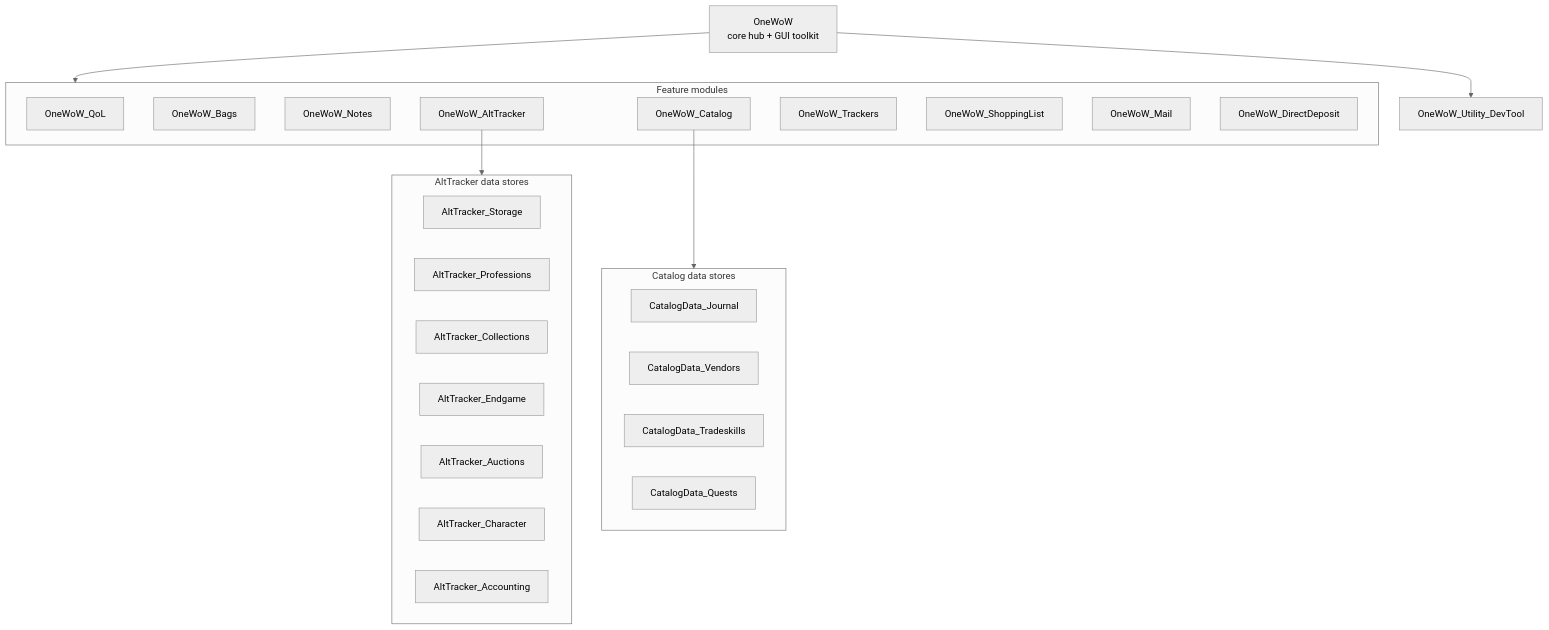
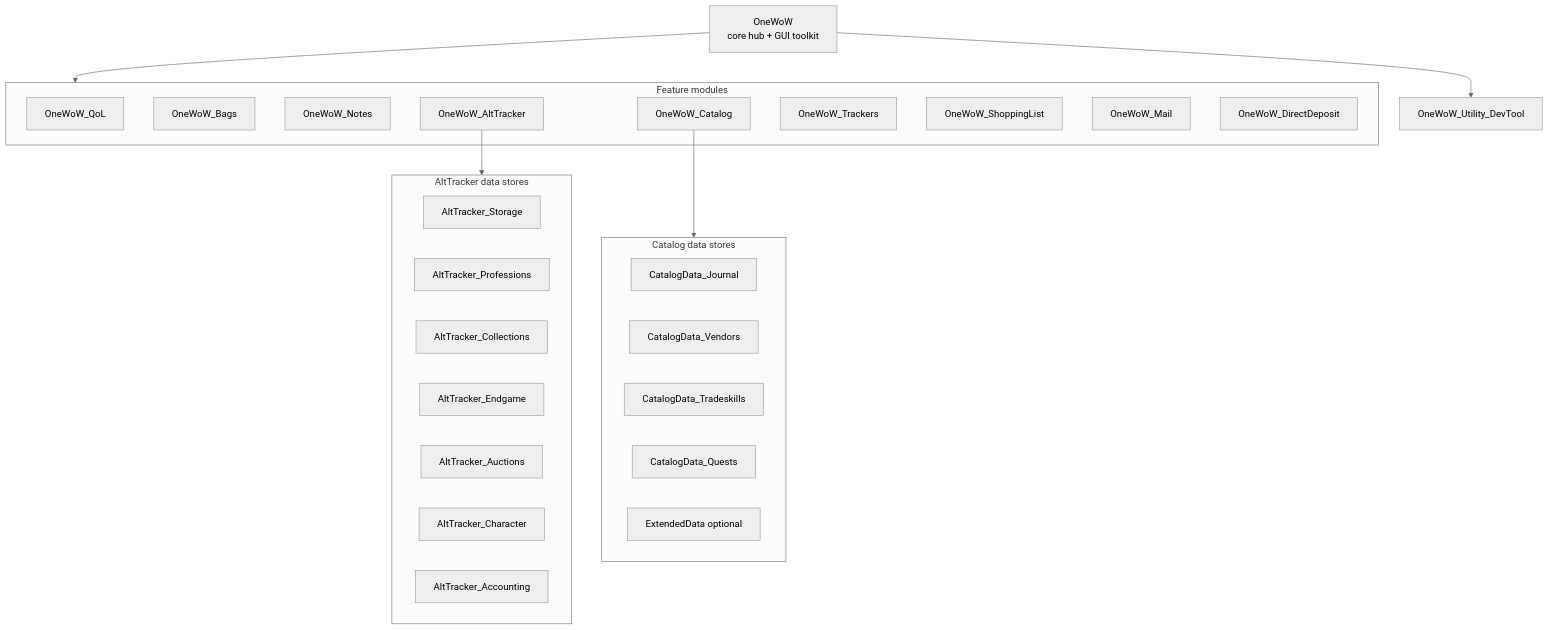
Before and after one commit to MichinMigugin/OneWoW_Suite: the diagram in README.md, drawn with Mermaid (neutral theme). The commit also changed other lines of this file and 64 other files, not shown here.

Commit message:
Slim the default Quests pack and add optional Extended Data for leftover older quests.

````diff
--- a/README.md
+++ b/README.md
@@ -24,39 +24,40 @@
 ```mermaid
 flowchart TB
     OW["OneWoW<br/>core hub + GUI toolkit"]
 
     subgraph Features["Feature modules"]
         QoL[OneWoW_QoL]
         Bags[OneWoW_Bags]
         Notes[OneWoW_Notes]
         Alt[OneWoW_AltTracker]
         Catalog[OneWoW_Catalog]
         Trackers[OneWoW_Trackers]
         Shop[OneWoW_ShoppingList]
         Mail[OneWoW_Mail]
         DD[OneWoW_DirectDeposit]
     end
     OW --> Features
 
     subgraph CatalogData["Catalog data stores"]
         CDJ[CatalogData_Journal]
         CDV[CatalogData_Vendors]
         CDT[CatalogData_Tradeskills]
         CDQ[CatalogData_Quests]
+        CDE[ExtendedData optional]
     end
     Catalog --> CatalogData
 
     subgraph AltData["AltTracker data stores"]
         AltS[AltTracker_Storage]
         AltP[AltTracker_Professions]
         AltC[AltTracker_Collections]
         AltE[AltTracker_Endgame]
         AltA[AltTracker_Auctions]
         AltCh[AltTracker_Character]
         AltAc[AltTracker_Accounting]
     end
     Alt --> AltData
 
     DevTool[OneWoW_Utility_DevTool]
     OW --> DevTool
 ```
````
